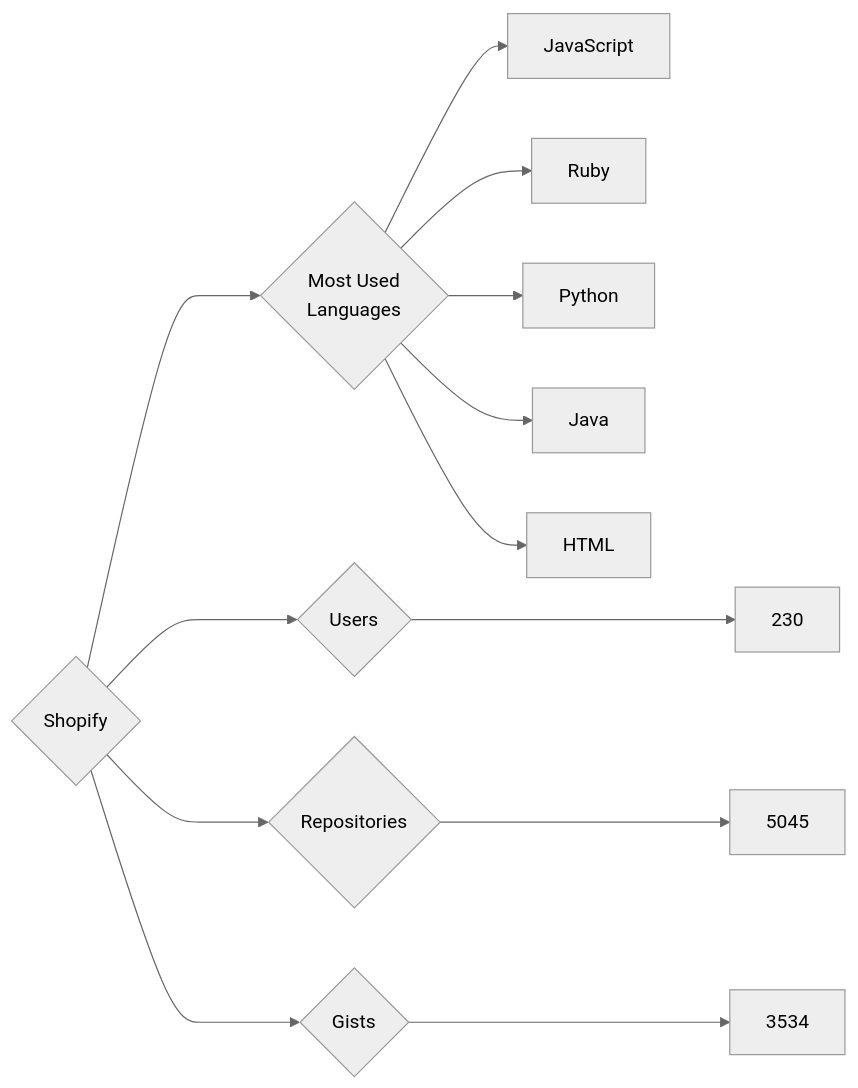
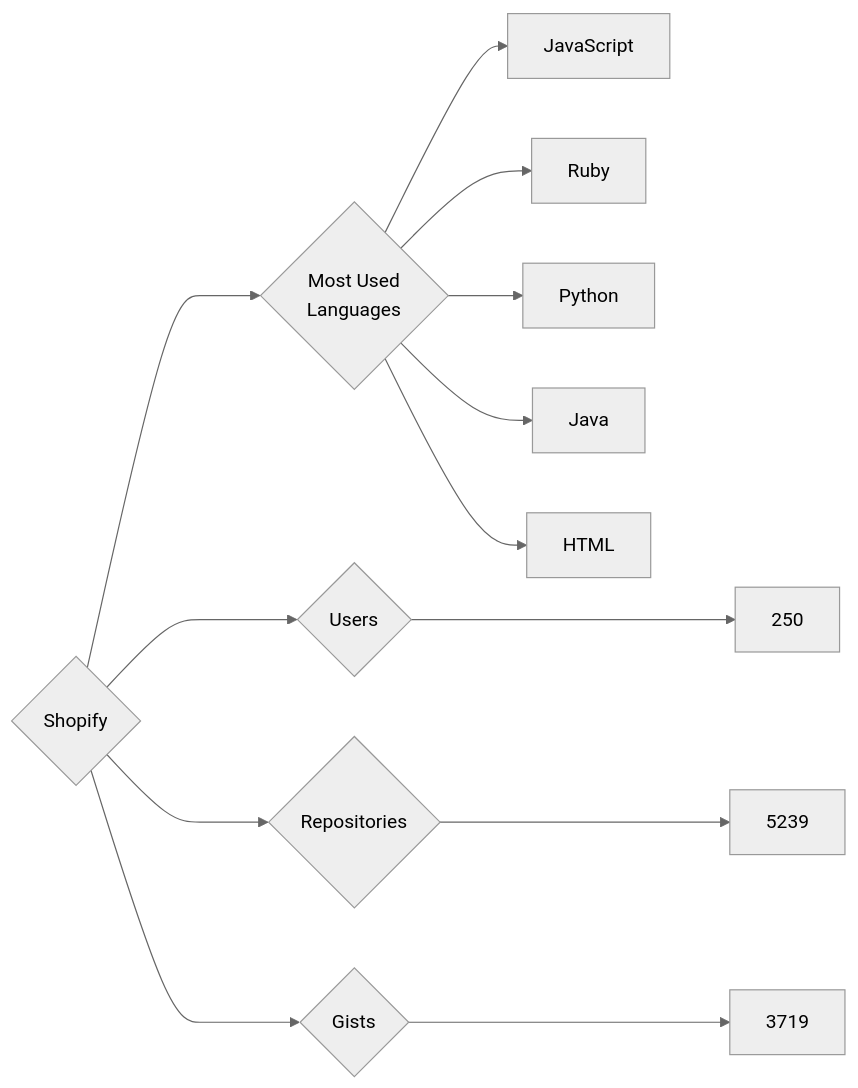
Before and after one commit to trickest/insiders: the diagram in targets/Shopify/README.md, drawn with Mermaid (neutral theme). The commit also changed 953 other files, not shown here.

````diff
--- a/targets/Shopify/README.md
+++ b/targets/Shopify/README.md
@@ -3,13 +3,13 @@
 ```mermaid
 graph LR
 COMPANY_NAME{Shopify}
-COMPANY_NAME ---> U{Users} ---> UN[230]
-COMPANY_NAME ---> R{Repositories} ---> RN[5045]
-COMPANY_NAME ---> G{Gists} ---> GN[3534]
+COMPANY_NAME ---> U{Users} ---> UN[250]
+COMPANY_NAME ---> R{Repositories} ---> RN[5239]
+COMPANY_NAME ---> G{Gists} ---> GN[3719]
 COMPANY_NAME ---> ML{Most Used<br>Languages}
 ML --> JavaScript[JavaScript]
 ML --> Ruby[Ruby]
 ML --> Python[Python]
 ML --> Java[Java]
 ML --> HTML[HTML]
 ```
````
